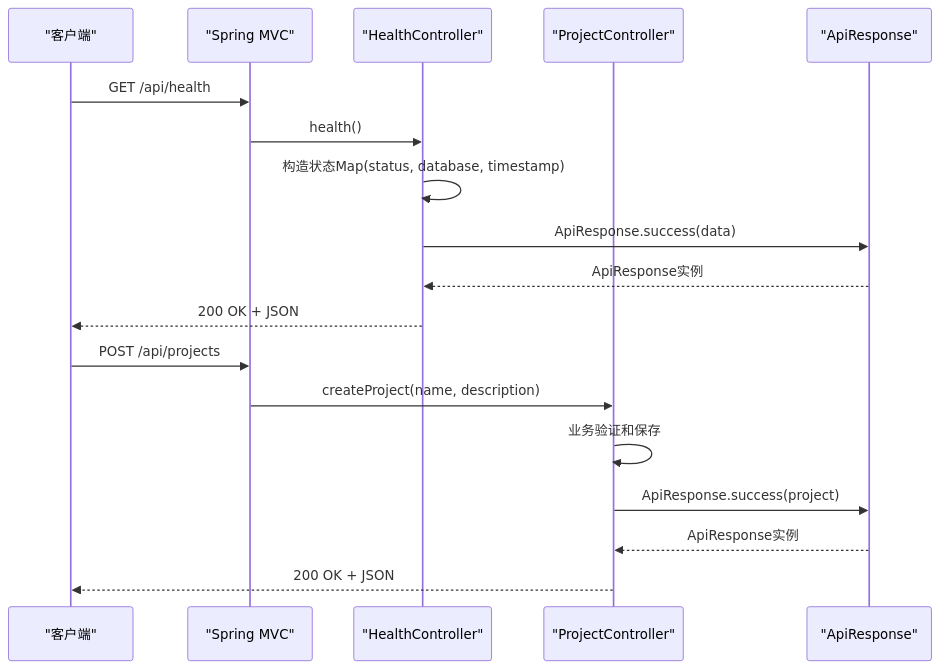
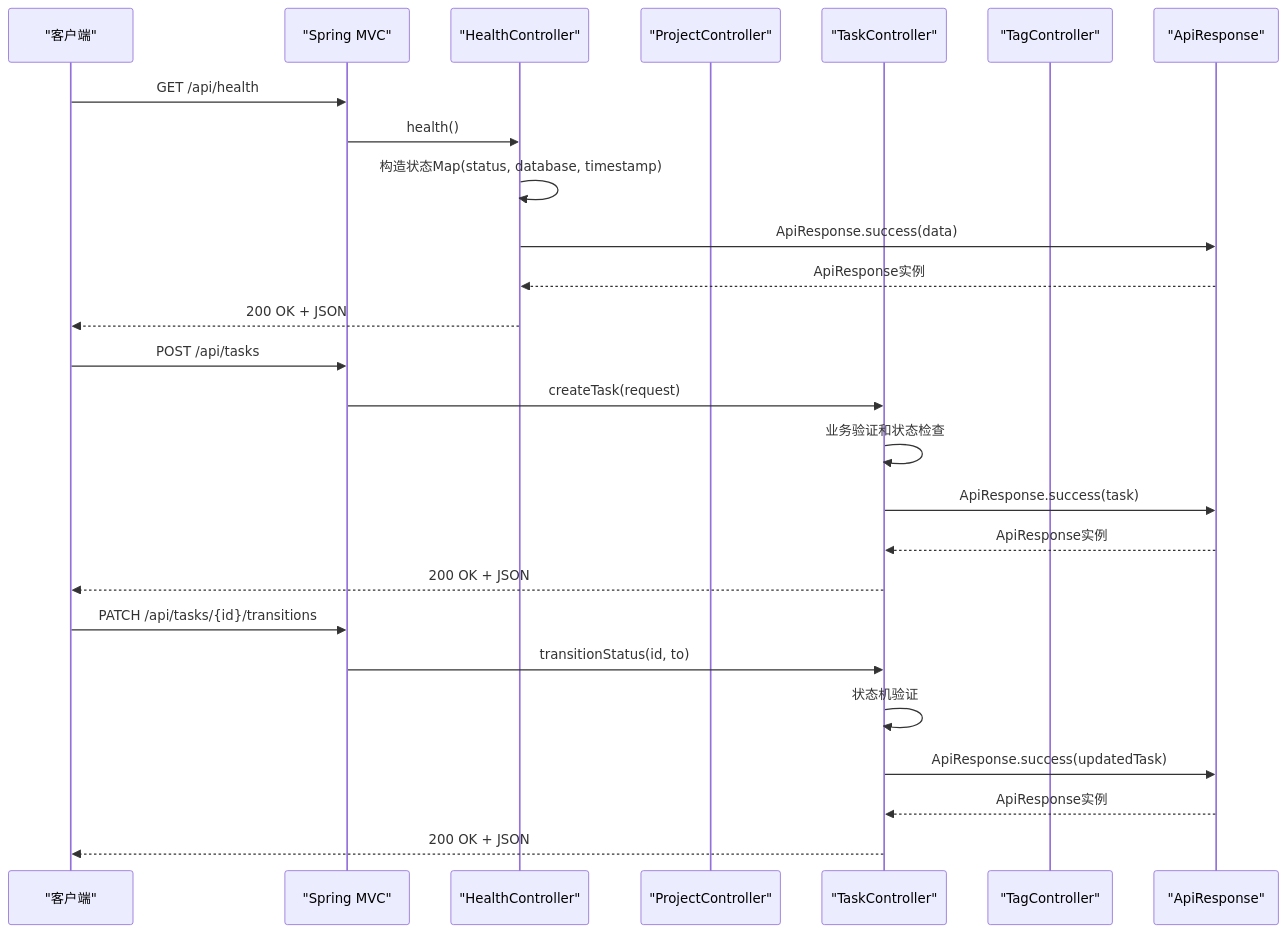
One commit to zhou9832/test1-qoder changed the second of 8 diagrams in .qoder/repowiki/zh/content/API接口文档.md. Above: the diagram before and after it, drawn with Mermaid. The commit also changed other lines of this file and 92 other files, not shown here.

````diff
--- a/.qoder/repowiki/zh/content/API接口文档.md
+++ b/.qoder/repowiki/zh/content/API接口文档.md
@@ -89,20 +116,28 @@
 ```mermaid
 sequenceDiagram
 participant C as "客户端"
 participant S as "Spring MVC"
 participant HC as "HealthController"
 participant PC as "ProjectController"
+participant TC as "TaskController"
+participant TGC as "TagController"
 participant R as "ApiResponse"
 C->>S : GET /api/health
 S->>HC : health()
 HC->>HC : 构造状态Map(status, database, timestamp)
 HC->>R : ApiResponse.success(data)
 R-->>HC : ApiResponse实例
 HC-->>C : 200 OK + JSON
-C->>S : POST /api/projects
-S->>PC : createProject(name, description)
-PC->>PC : 业务验证和保存
-PC->>R : ApiResponse.success(project)
-R-->>PC : ApiResponse实例
-PC-->>C : 200 OK + JSON
+C->>S : POST /api/tasks
+S->>TC : createTask(request)
+TC->>TC : 业务验证和状态检查
+TC->>R : ApiResponse.success(task)
+R-->>TC : ApiResponse实例
+TC-->>C : 200 OK + JSON
+C->>S : PATCH /api/tasks/{id}/transitions
+S->>TC : transitionStatus(id, to)
+TC->>TC : 状态机验证
+TC->>R : ApiResponse.success(updatedTask)
+R-->>TC : ApiResponse实例
+TC-->>C : 200 OK + JSON
 ```
````
